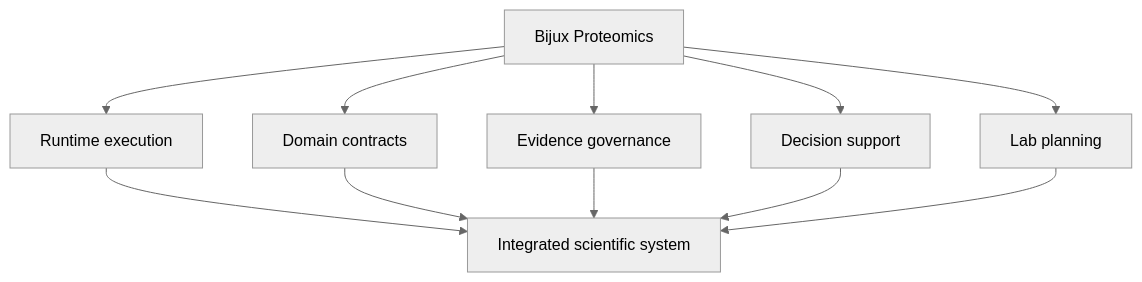
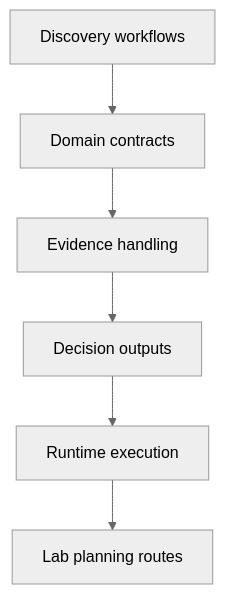
The diagram in docs/projects/bijux-proteomics.md (bijux/bijux.github.io), drawn with Mermaid (neutral theme) before and after one commit.

Commit message:
docs(proteomics): make system map a scientific workflow flow

````diff
--- a/docs/projects/bijux-proteomics.md
+++ b/docs/projects/bijux-proteomics.md
@@ -40,14 +40,8 @@
 ```mermaid
 graph TD
-    proteomics["Bijux Proteomics"] --> runtime["Runtime execution"]
-    proteomics --> contracts["Domain contracts"]
-    proteomics --> governance["Evidence governance"]
-    proteomics --> decisions["Decision support"]
-    proteomics --> planning["Lab planning"]
-
-    runtime --> integrated["Integrated scientific system"]
-    contracts --> integrated
-    governance --> integrated
-    decisions --> integrated
-    planning --> integrated
+    discovery["Discovery workflows"] --> contracts["Domain contracts"]
+    contracts --> evidence["Evidence handling"]
+    evidence --> decisions["Decision outputs"]
+    decisions --> execution["Runtime execution"]
+    execution --> planning["Lab planning routes"]
 ```
````
